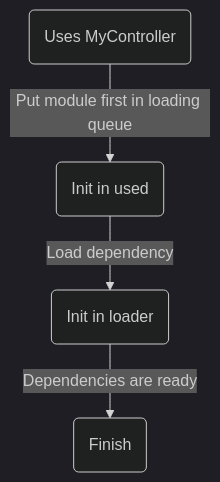
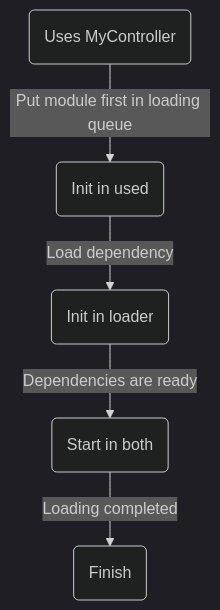
One commit to luminlabsdev/framework changed the diagram in docs/guides/dependencies.md. Above: the diagram before and after it, drawn with Mermaid (dark theme). The commit also changed other lines of this file and 16 other files, not shown here.

````diff
--- a/docs/guides/dependencies.md
+++ b/docs/guides/dependencies.md
@@ -40,4 +40,4 @@
 ```mermaid
 flowchart TB
-    A(Uses MyController) -- Put module first in loading queue --> B(Init in used) -- Load dependency --> C(Init in loader) -- Dependencies are ready --> D(Finish)
+    A(Uses MyController) -- Put module first in loading queue --> B(Init in used) -- Load dependency --> C(Init in loader) -- Dependencies are ready --> D(Start in both) -- Loading completed --> E(Finish)
 ```
````
